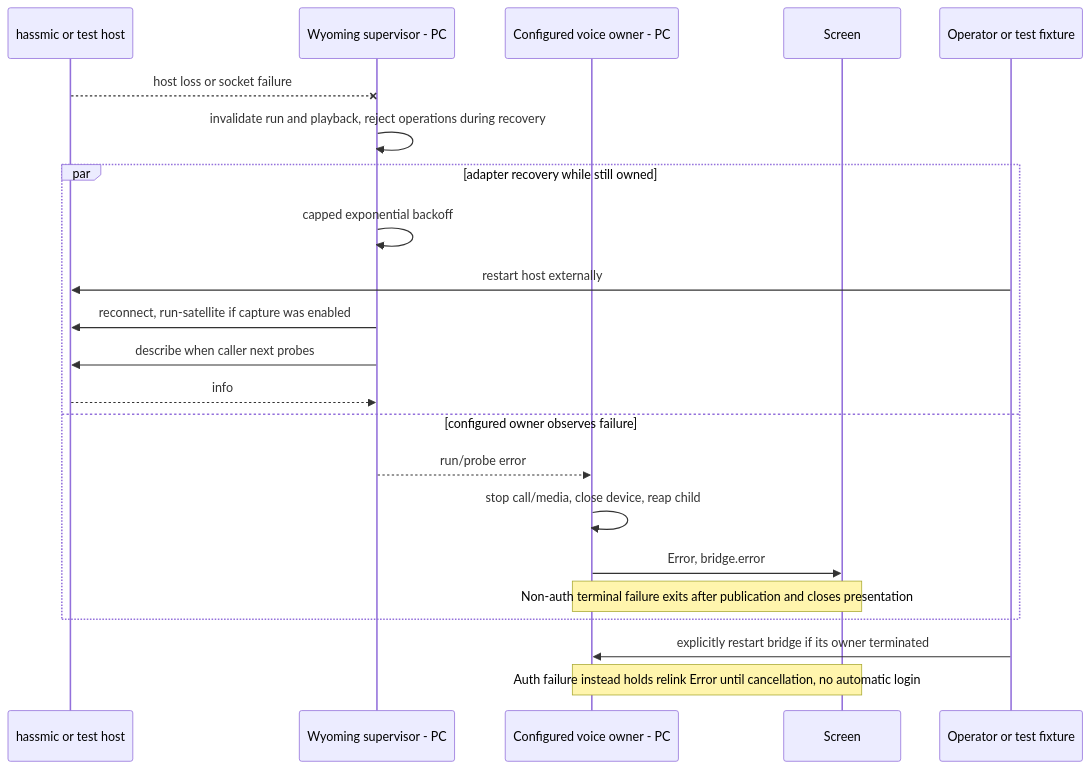
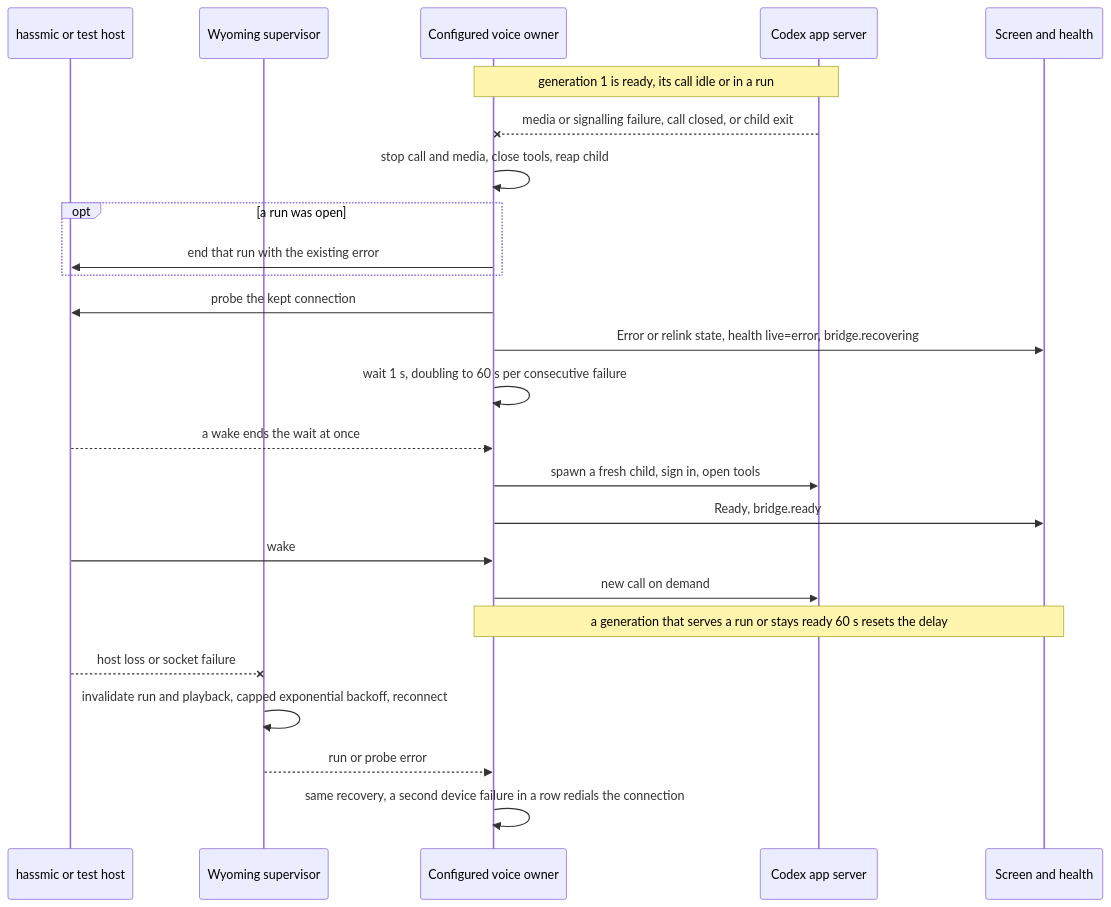
One commit to portpowered/portos-echo changed diagram 11 of 11 in docs/architecture.md. Above: the diagram before and after it, drawn with Mermaid. The commit also changed other lines of this file and 22 other files, not shown here.

First line of the commit message:
el-w5-bridge-never-fatal: after ready, the bridge recovers instead of exiting

````diff
--- a/docs/architecture.md
+++ b/docs/architecture.md
@@ -1393,24 +1399,27 @@
 ```mermaid
 sequenceDiagram
     participant H as hassmic or test host
-    participant W as Wyoming supervisor - PC
-    participant B as Configured voice owner - PC
-    participant S as Screen
-    participant O as Operator or test fixture
+    participant W as Wyoming supervisor
+    participant B as Configured voice owner
+    participant A as Codex app server
+    participant S as Screen and health
+    Note over B,A: generation 1 is ready, its call idle or in a run
+    A--xB: media or signalling failure, call closed, or child exit
+    B->>B: stop call and media, close tools, reap child
+    opt a run was open
+        B->>H: end that run with the existing error
+    end
+    B->>H: probe the kept connection
+    B->>S: Error or relink state, health live=error, bridge.recovering
+    B->>B: wait 1 s, doubling to 60 s per consecutive failure
+    H-->>B: a wake ends the wait at once
+    B->>A: spawn a fresh child, sign in, open tools
+    B->>S: Ready, bridge.ready
+    H->>B: wake
+    B->>A: new call on demand
+    Note over B,S: a generation that serves a run or stays ready 60 s resets the delay
     H--xW: host loss or socket failure
-    W->>W: invalidate run and playback, reject operations during recovery
-    par adapter recovery while still owned
-        W->>W: capped exponential backoff
-        O->>H: restart host externally
-        W->>H: reconnect, run-satellite if capture was enabled
-        W->>H: describe when caller next probes
-        H-->>W: info
-    and configured owner observes failure
-        W-->>B: run/probe error
-        B->>B: stop call/media, close device, reap child
-        B->>S: Error, bridge.error
-        Note over B,S: Non-auth terminal failure exits after publication and closes presentation
-    end
-    O->>B: explicitly restart bridge if its owner terminated
-    Note over B,S: Auth failure instead holds relink Error until cancellation, no automatic login
+    W->>W: invalidate run and playback, capped exponential backoff, reconnect
+    W-->>B: run or probe error
+    B->>B: same recovery, a second device failure in a row redials the connection
 ```
````
